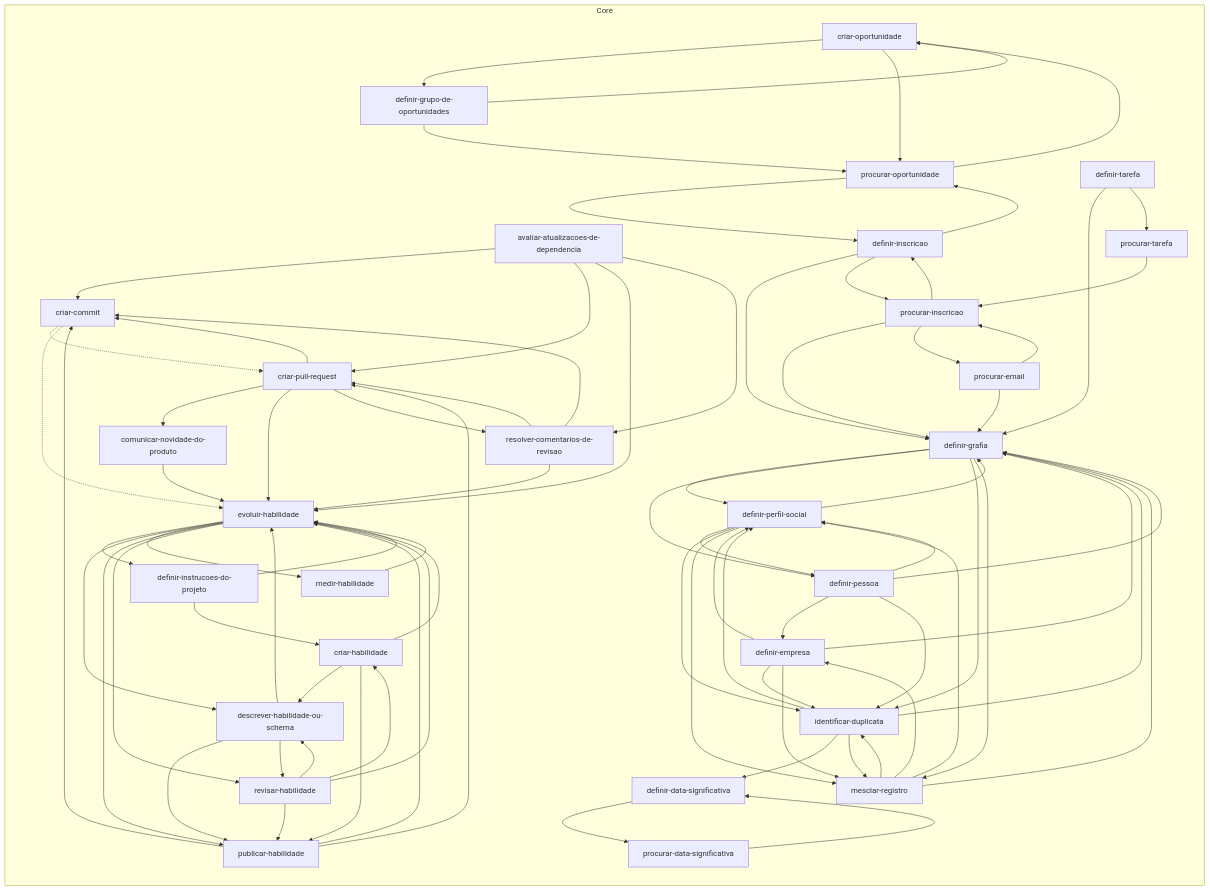
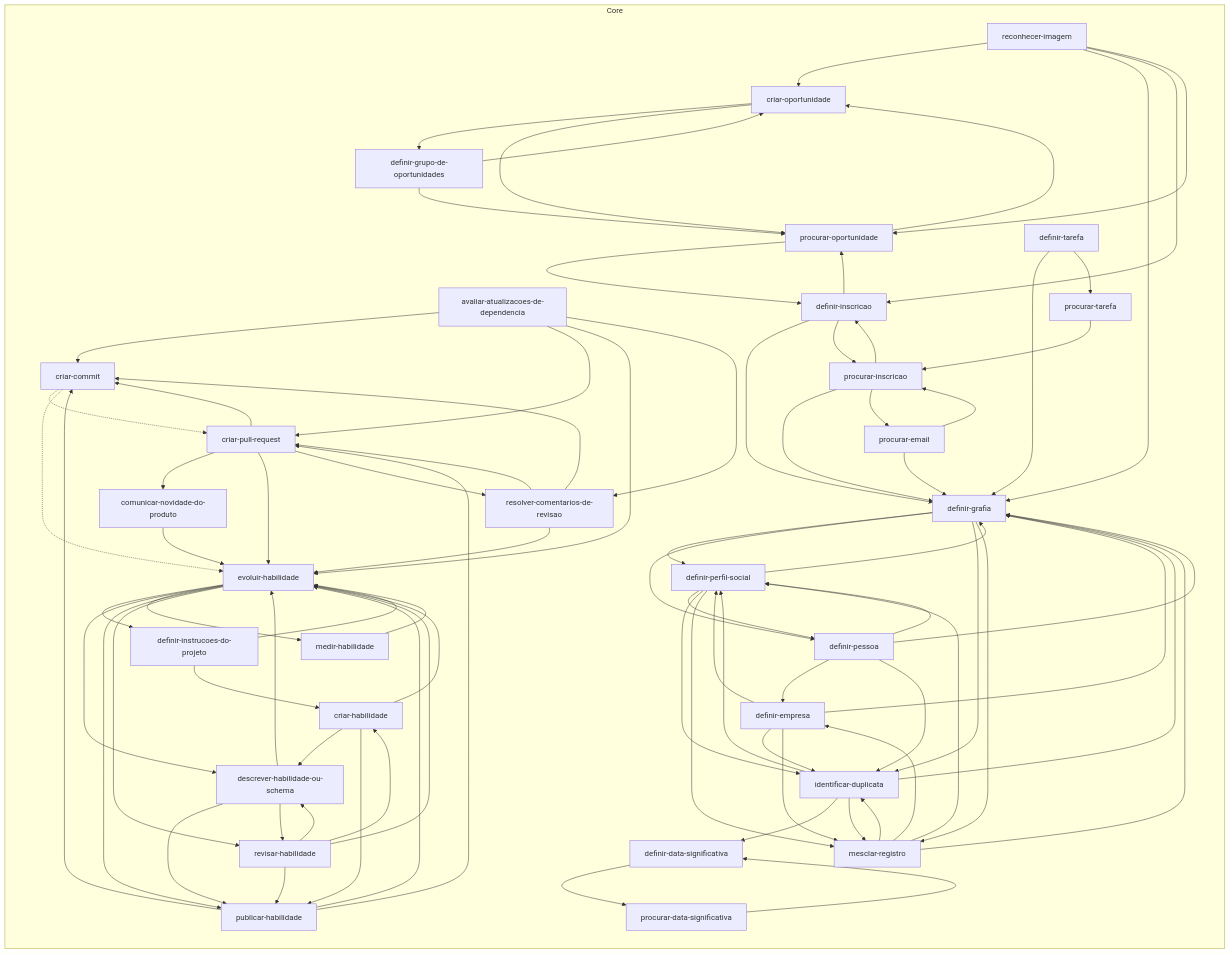
Before and after one commit to jimmyandrade/harness: the diagram in .agents/skills/README.md, drawn with Mermaid. The commit also changed 6 other files, not shown here.

First line of the commit message:
feat(reconhecer-imagem): move the skill to the core

```diff
--- a/.agents/skills/README.md
+++ b/.agents/skills/README.md
@@ -37,6 +37,7 @@
     procurar_oportunidade["procurar-oportunidade"]
     procurar_tarefa["procurar-tarefa"]
     publicar_habilidade["publicar-habilidade"]
+    reconhecer_imagem["reconhecer-imagem"]
     resolver_comentarios_de_revisao["resolver-comentarios-de-revisao"]
     revisar_habilidade["revisar-habilidade"]
   end
@@ -111,6 +112,10 @@
   publicar_habilidade --> criar_commit
   publicar_habilidade --> criar_pull_request
   publicar_habilidade --> evoluir_habilidade
+  reconhecer_imagem --> criar_oportunidade
+  reconhecer_imagem --> definir_grafia
+  reconhecer_imagem --> definir_inscricao
+  reconhecer_imagem --> procurar_oportunidade
   resolver_comentarios_de_revisao --> criar_commit
   resolver_comentarios_de_revisao --> criar_pull_request
   resolver_comentarios_de_revisao --> evoluir_habilidade
```
